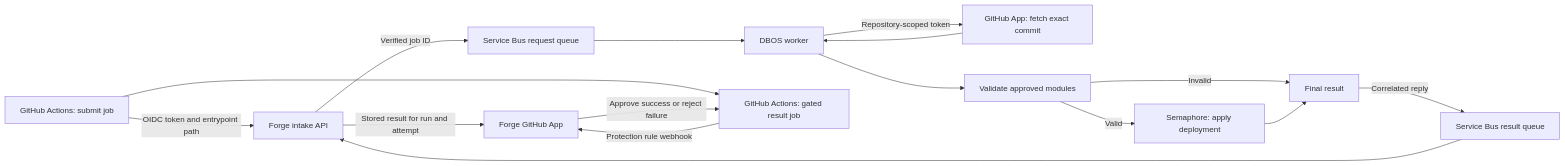
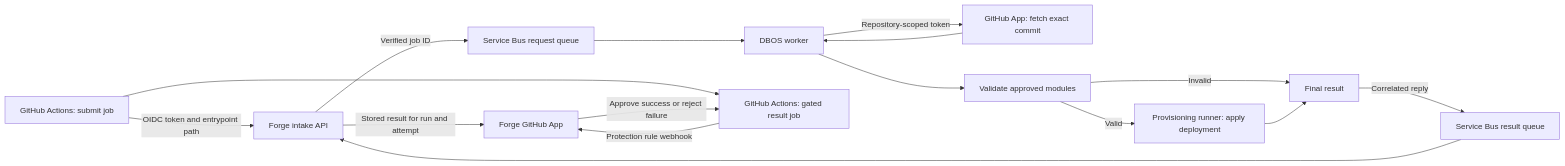
The diagram in README.md (beolson/Forge), drawn with Mermaid before and after one commit. The commit also changed other lines of this file and 53 other files, not shown here.

````diff
--- a/README.md
+++ b/README.md
@@ -47,18 +50,18 @@
 ```mermaid
 flowchart LR
     A[GitHub Actions: submit job] -->|OIDC token and entrypoint path| B[Forge intake API]
     B -->|Verified job ID| C[Service Bus request queue]
     C --> D[DBOS worker]
     D -->|Repository-scoped token| E[GitHub App: fetch exact commit]
     E --> D
     D --> F[Validate approved modules]
-    F -->|Valid| G[Semaphore: apply deployment]
+    F -->|Valid| G[Provisioning runner: apply deployment]
     F -->|Invalid| H[Final result]
     G --> H
     H -->|Correlated reply| I[Service Bus result queue]
     I --> B
     A --> J[GitHub Actions: gated result job]
     J -->|Protection rule webhook| K[Forge GitHub App]
     B -->|Stored result for run and attempt| K
     K -->|Approve success or reject failure| J
 ```
````
